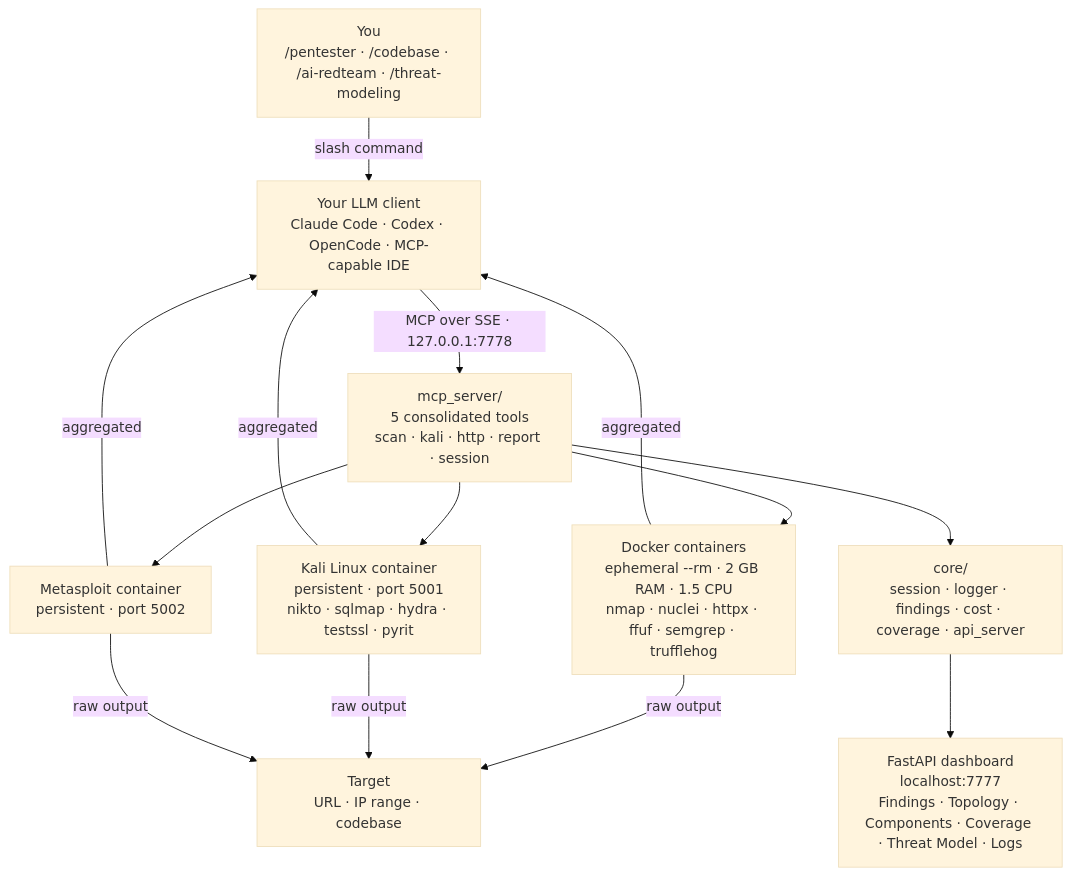
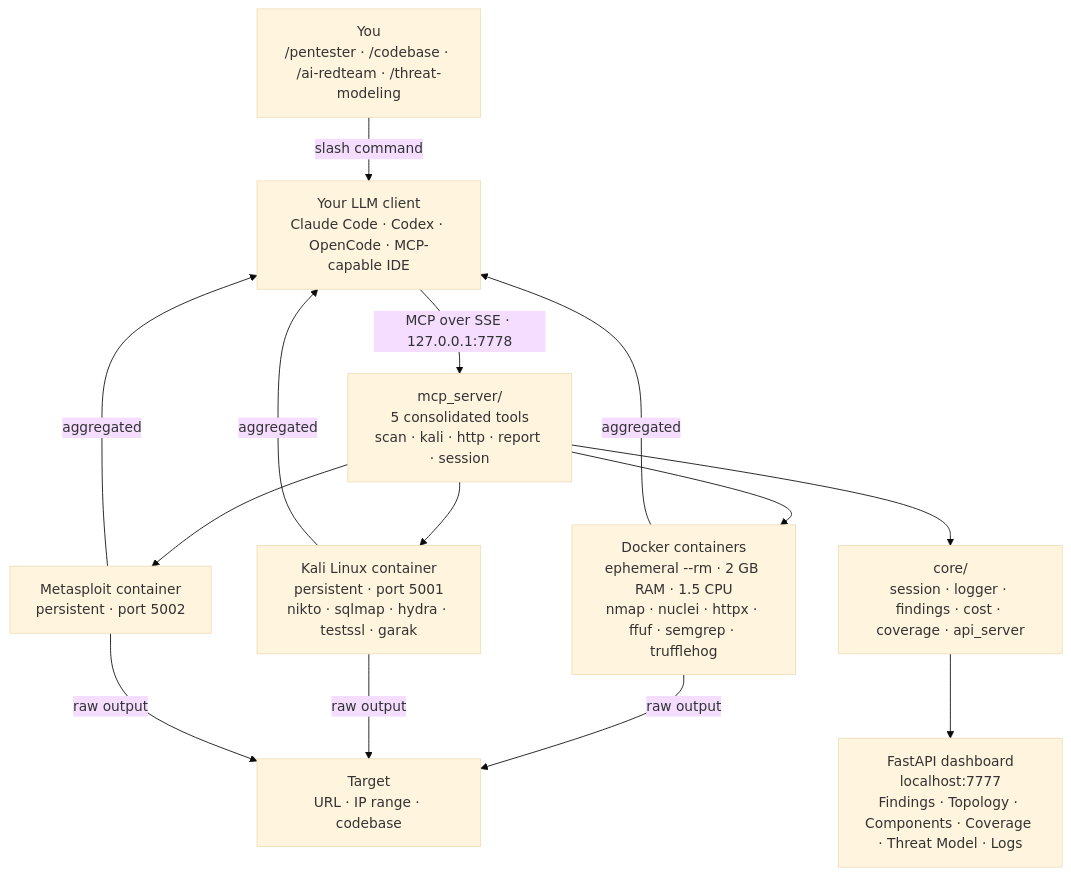
One commit to 0x0pointer/agent-smith changed the diagram in docs/architecture.md. Above: the diagram before and after it, drawn with Mermaid (base theme). The commit also changed other lines of this file and 28 other files, not shown here.

````diff
--- a/docs/architecture.md
+++ b/docs/architecture.md
@@ -28,26 +28,26 @@
 ```mermaid
 flowchart TD
     User["You<br/>/pentester · /codebase · /ai-redteam · /threat-modeling"]
     Agent["Your LLM client<br/>Claude Code · Codex · OpenCode · MCP-capable IDE"]
     MCP["mcp_server/<br/>5 consolidated tools<br/>scan · kali · http · report · session"]
     Docker["Docker containers<br/>ephemeral --rm · 2 GB RAM · 1.5 CPU<br/>nmap · nuclei · httpx · ffuf · semgrep · trufflehog"]
-    Kali["Kali Linux container<br/>persistent · port 5001<br/>nikto · sqlmap · hydra · testssl · pyrit"]
+    Kali["Kali Linux container<br/>persistent · port 5001<br/>nikto · sqlmap · hydra · testssl · garak"]
     Msf["Metasploit container<br/>persistent · port 5002"]
     Core["core/<br/>session · logger · findings · cost · coverage · api_server"]
     Dashboard["FastAPI dashboard<br/>localhost:7777<br/>Findings · Topology · Components · Coverage · Threat Model · Logs"]
     Target["Target<br/>URL · IP range · codebase"]
 
     User -->|slash command| Agent
     Agent -->|MCP over SSE · 127.0.0.1:7778| MCP
     MCP --> Docker
     MCP --> Kali
     MCP --> Msf
     MCP --> Core
     Core --> Dashboard
     Docker -->|raw output| Target
     Kali  -->|raw output| Target
     Msf   -->|raw output| Target
     Docker -->|aggregated| Agent
     Kali   -->|aggregated| Agent
     Msf    -->|aggregated| Agent
 ```
````
